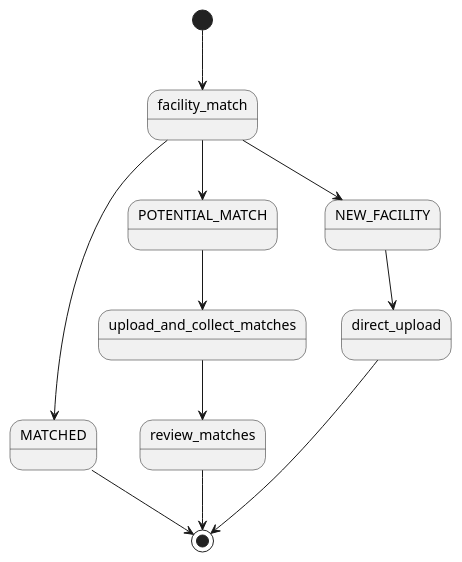
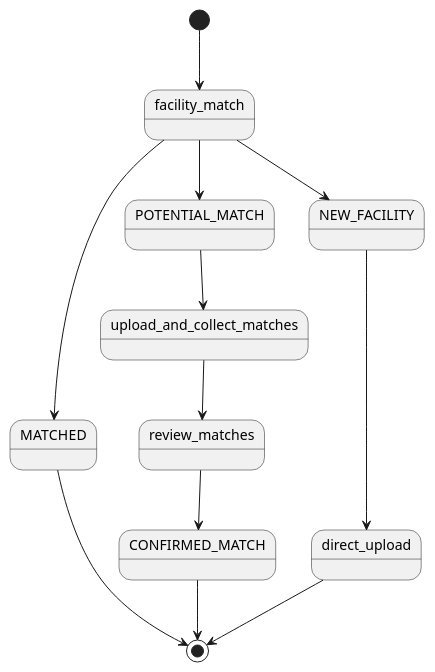
One commit to opensupplyhub/pyoshub changed the second of 3 diagrams in docs/source/examples.rst. Above: the diagram before and after it, drawn with PlantUML. The commit also changed other lines of this file and 10 other files, not shown here.

Commit message:
Added facility reject, documentation, and added CONFIRMED_MATCH in UML charts

```diff
--- a/docs/source/examples.rst
+++ b/docs/source/examples.rst
@@ -168,17 +109,18 @@
 .. uml::
 
   @startuml
   [*] --> facility_match
   facility_match --> MATCHED
   facility_match --> POTENTIAL_MATCH
   facility_match --> NEW_FACILITY
   
   MATCHED --> [*]
   POTENTIAL_MATCH --> upload_and_collect_matches
   upload_and_collect_matches --> review_matches
-  review_matches --> [*]
+  review_matches --> CONFIRMED_MATCH
+  CONFIRMED_MATCH --> [*]
 
   NEW_FACILITY --> direct_upload
   direct_upload --> [*]
   
   @enduml
```
